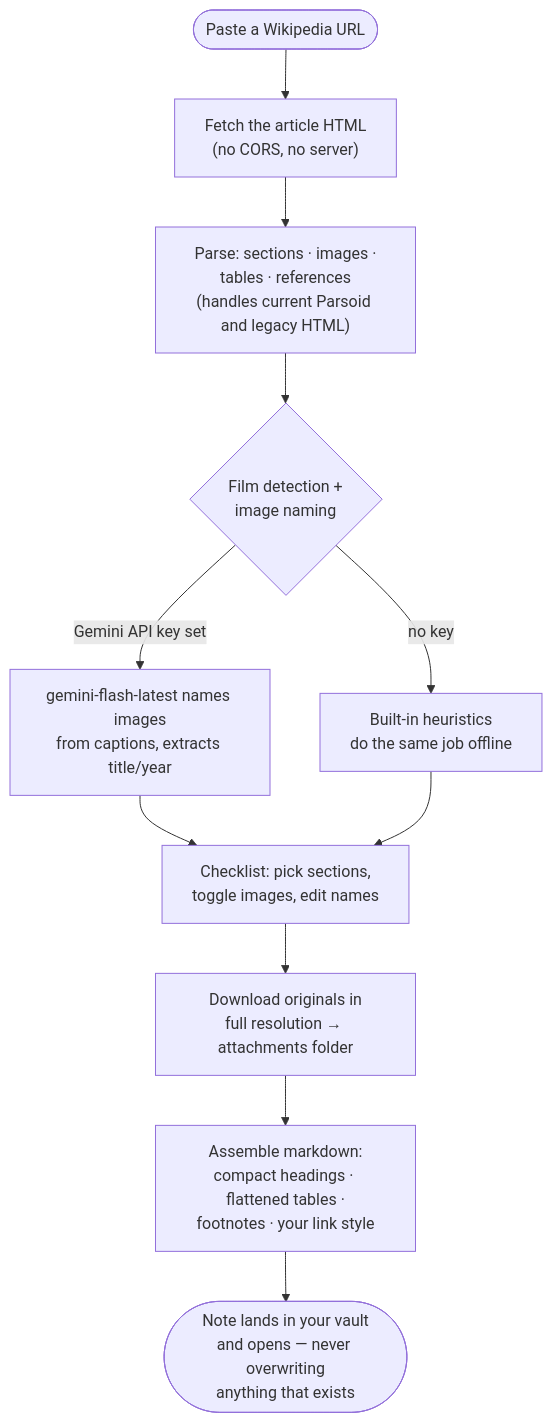
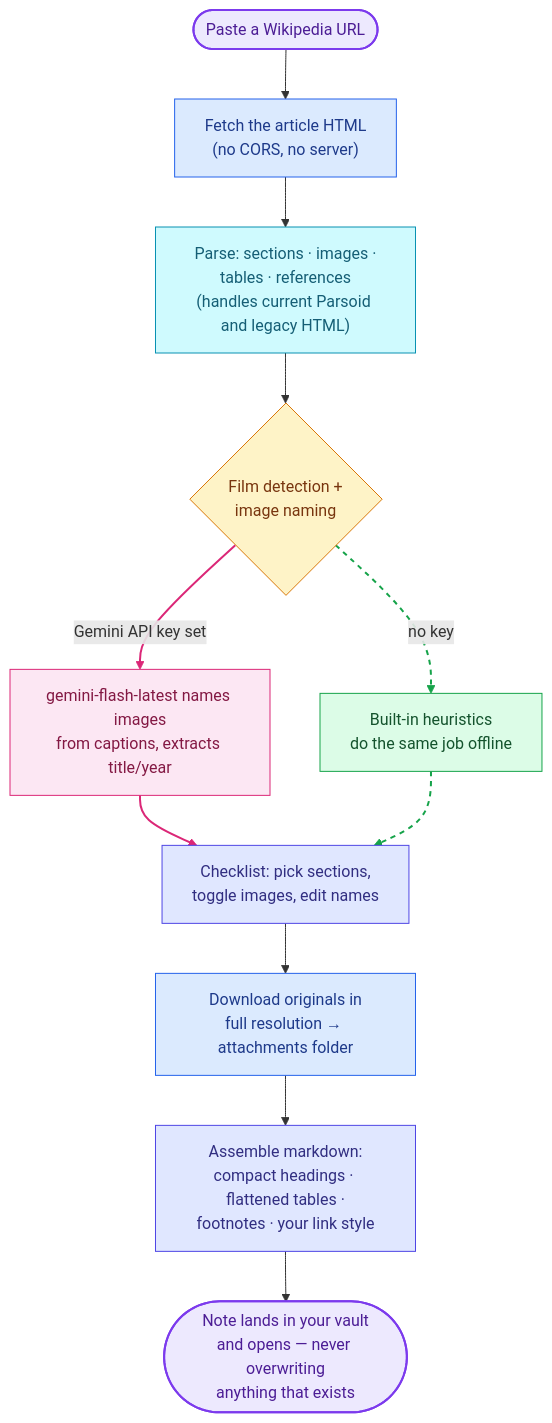
One commit to DyllonWright/Wikipedia-To-Obsidian-Markdown changed the first of 2 diagrams in README.md. Above: the diagram before and after it, drawn with Mermaid. The commit also changed other lines of this file and 6 other files, not shown here.

````diff
--- a/README.md
+++ b/README.md
@@ -17,13 +21,33 @@
 ```mermaid
+%%{init: {'flowchart': {'curve': 'basis'}}}%%
 flowchart TD
     U(["Paste a Wikipedia URL"]) --> F["Fetch the article HTML<br/>(no CORS, no server)"]
     F --> P["Parse: sections · images ·<br/>tables · references<br/>(handles current Parsoid and legacy HTML)"]
     P --> D{"Film detection +<br/>image naming"}
     D -->|Gemini API key set| G["gemini-flash-latest names images<br/>from captions, extracts title/year"]
     D -->|no key| H["Built-in heuristics<br/>do the same job offline"]
     G --> C["Checklist: pick sections,<br/>toggle images, edit names"]
     H --> C
     C --> I["Download originals in<br/>full resolution → attachments folder"]
     I --> M["Assemble markdown:<br/>compact headings · flattened tables ·<br/>footnotes · your link style"]
     M --> N(["Note lands in your vault<br/>and opens — never overwriting<br/>anything that exists"])
+
+    classDef terminal fill:#ede9fe,stroke:#7c3aed,color:#4c1d95,stroke-width:2px;
+    classDef io fill:#dbeafe,stroke:#2563eb,color:#1e3a8a,stroke-width:1px;
+    classDef parse fill:#cffafe,stroke:#0891b2,color:#155e75,stroke-width:1px;
+    classDef decision fill:#fef3c7,stroke:#d97706,color:#78350f,stroke-width:1px;
+    classDef ai fill:#fce7f3,stroke:#db2777,color:#831843,stroke-width:1px;
+    classDef offline fill:#dcfce7,stroke:#16a34a,color:#14532d,stroke-width:1px;
+    classDef assemble fill:#e0e7ff,stroke:#4f46e5,color:#312e81,stroke-width:1px;
+
+    class U,N terminal;
+    class F,I io;
+    class P parse;
+    class D decision;
+    class G ai;
+    class H offline;
+    class C,M assemble;
+
+    linkStyle 3,5 stroke:#db2777,stroke-width:2px;
+    linkStyle 4,6 stroke:#16a34a,stroke-width:2px,stroke-dasharray:5 5;
 ```
````
